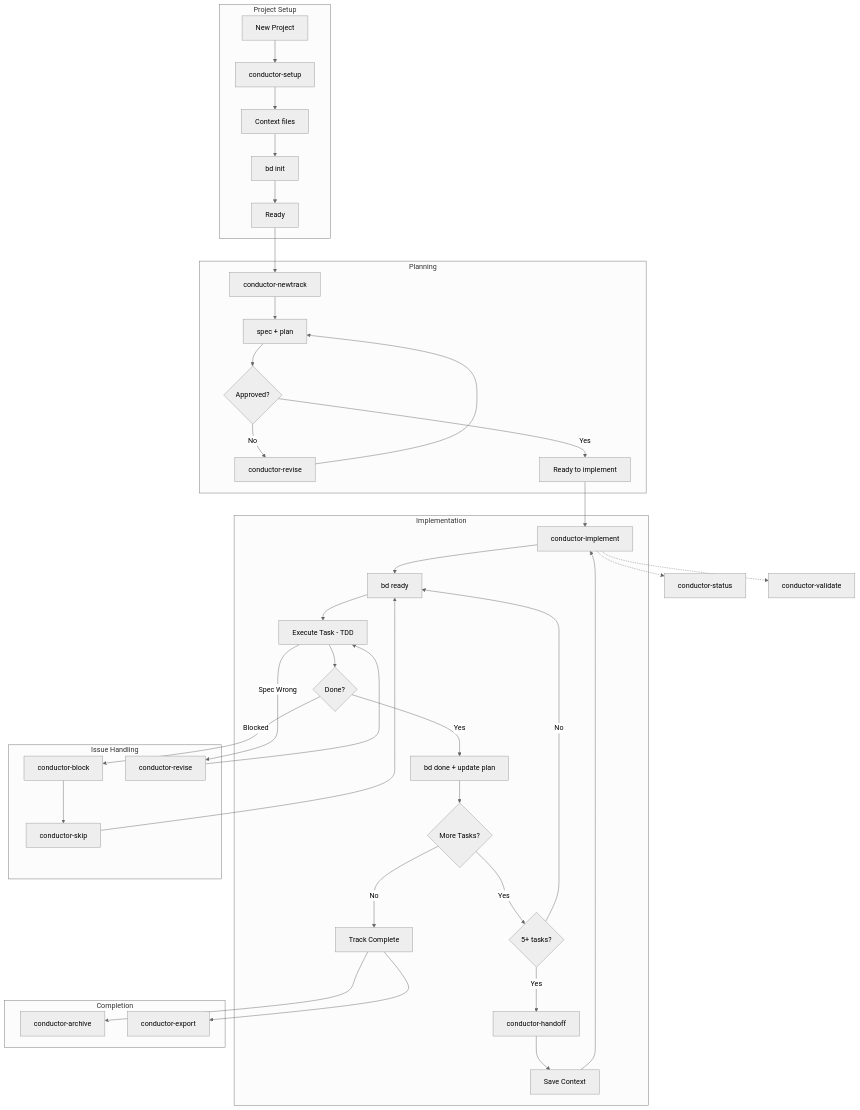
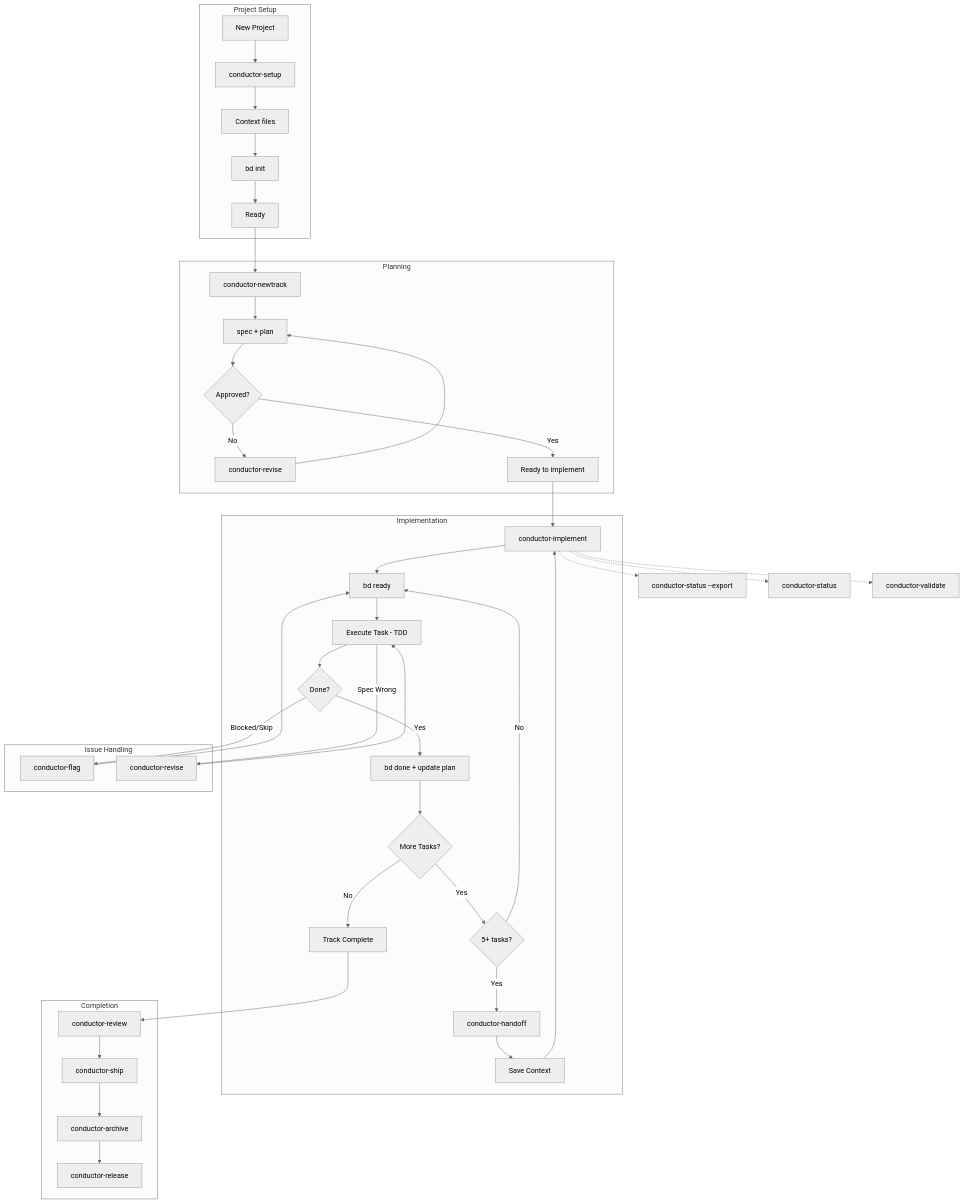
Before and after one commit to vishal-kr-barnwal/cadre: the first of 3 diagrams in README.md, drawn with Mermaid (neutral theme). The commit also changed other lines of this file and 88 other files, not shown here.

First line of the commit message:
feat(commands): compact command set 16→15 and add review/ship/release SDLC tail

````diff
--- a/README.md
+++ b/README.md
@@ -460,49 +459,52 @@
 ```mermaid
 flowchart TD
     subgraph SETUP[Project Setup]
         A[New Project] --> B["conductor-setup"]
         B --> C[Context files]
         C --> D["bd init"]
         D --> E[Ready]
     end
 
     subgraph PLANNING[Planning]
         E --> F["conductor-newtrack"]
         F --> G[spec + plan]
         G --> H{Approved?}
         H -->|No| I["conductor-revise"]
         I --> G
         H -->|Yes| J[Ready to implement]
     end
 
     subgraph IMPL[Implementation]
         J --> K["conductor-implement"]
         K --> L["bd ready"]
         L --> M[Execute Task - TDD]
         M --> N{Done?}
         N -->|Yes| O["bd done + update plan"]
         O --> P{More Tasks?}
         P -->|Yes| Q{5+ tasks?}
         Q -->|Yes| R["conductor-handoff"]
         R --> S[Save Context]
         S --> K
         Q -->|No| L
         P -->|No| T[Track Complete]
     end
 
     subgraph ISSUES[Issue Handling]
-        N -->|Blocked| U["conductor-block"]
-        U --> V["conductor-skip"]
-        V --> L
+        N -->|Blocked/Skip| U["conductor-flag"]
+        U --> L
         M -->|Spec Wrong| W["conductor-revise"]
         W --> M
     end
 
     subgraph DONE[Completion]
-        T --> X["conductor-archive"]
-        T --> Y["conductor-export"]
+        T --> RV["conductor-review"]
+        RV --> SH["conductor-ship"]
+        SH --> X["conductor-archive"]
+        X --> RL["conductor-release"]
     end
+
+    K -.-> EX["conductor-status --export"]
 
     K -.-> Z["conductor-status"]
     K -.-> AA["conductor-validate"]
 ```
````
